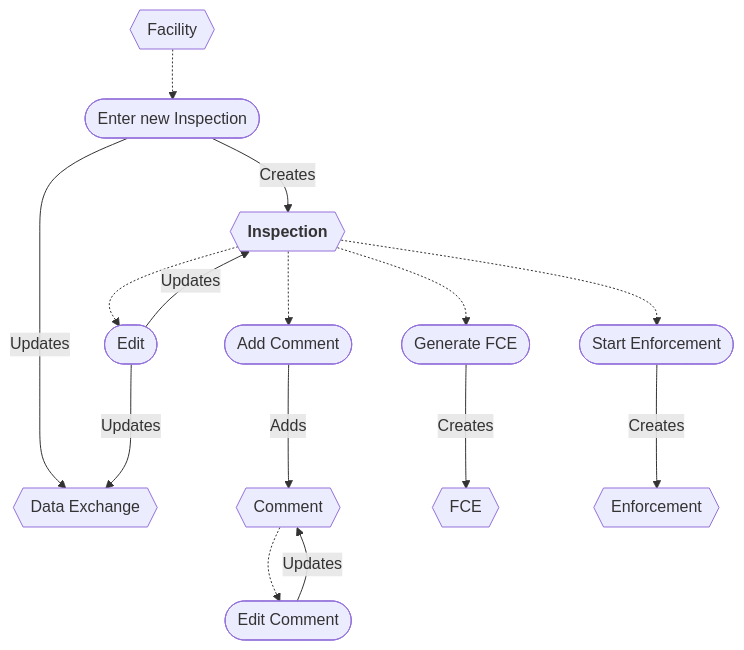
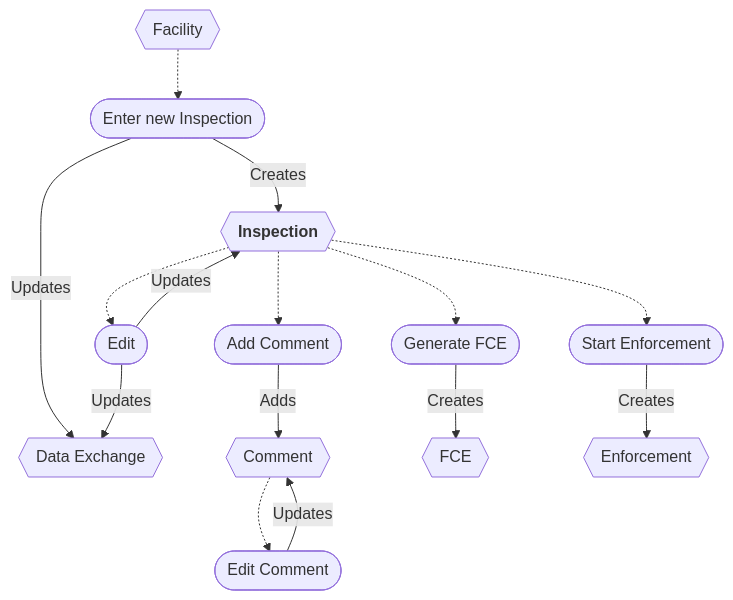
One commit to gaepdit/air-web changed the diagram in docs/Workflows/Inspection-workflow.md. Above: the diagram before and after it, drawn with Mermaid. The commit also changed 4 other files, not shown here.

````diff
--- a/docs/Workflows/Inspection-workflow.md
+++ b/docs/Workflows/Inspection-workflow.md
@@ -12,33 +12,33 @@
 ```mermaid
 flowchart
     FAC{{Facility}}
     INS{{"`**Inspection**`"}}
     DX{{Data Exchange}}
     CMT{{Comment}}
     FCE{{FCE}}
     ENF{{Enforcement}}
 
     enter([Enter new Inspection])
     comment([Add Comment])
     edit([Edit])
     enforce([Start Enforcement])
     editComment([Edit Comment])
     fce([Generate FCE])
 
     FAC -.-> enter
     INS -.-> edit
     INS -.-> comment
     INS -.-> enforce
     INS -.-> fce
     CMT -.-> editComment
 
     enter -->|Creates| INS
     edit -->|Updates| INS
     editComment -->|Updates| CMT
-    comment --->|Adds| CMT
-    fce --->|Creates| FCE
-    enforce --->|Creates| ENF
+    comment -->|Adds| CMT
+    fce -->|Creates| FCE
+    enforce -->|Creates| ENF
     enter -->|Updates| DX
-    edit --->|Updates| DX
+    edit -->|Updates| DX
 
 ```
````
